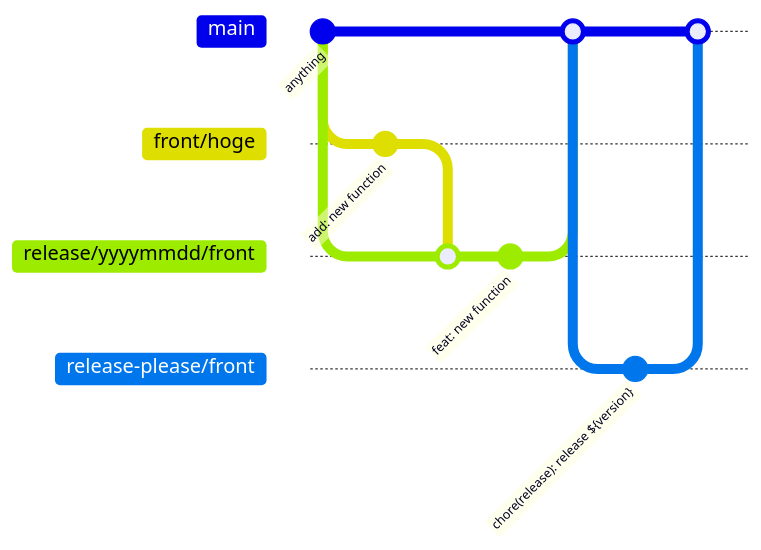
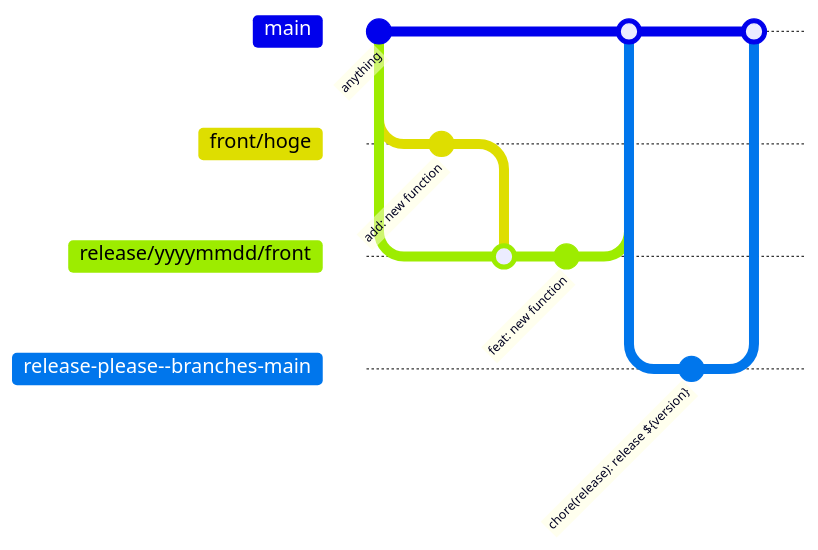
One commit to tkm-Rack/test-rp changed the diagram in README.md. Above: the diagram before and after it, drawn with Mermaid. The commit also changed other lines of this file and 4 other files, not shown here.

````diff
--- a/README.md
+++ b/README.md
@@ -81,18 +81,18 @@
 ```mermaid
 gitGraph
     commit id: "anything"
     branch front/hoge
     checkout front/hoge
     commit id: "add: new function"
     checkout main
     branch release/yyyymmdd/front
     checkout release/yyyymmdd/front
     merge front/hoge
     commit id: "feat: new function"
     checkout main
     merge release/yyyymmdd/front
-    branch release-please/front
+    branch release-please--branches-main
     commit id: "chore(release): release ${version}"
     checkout main
-    merge release-please/front
+    merge release-please--branches-main
 ```
````
